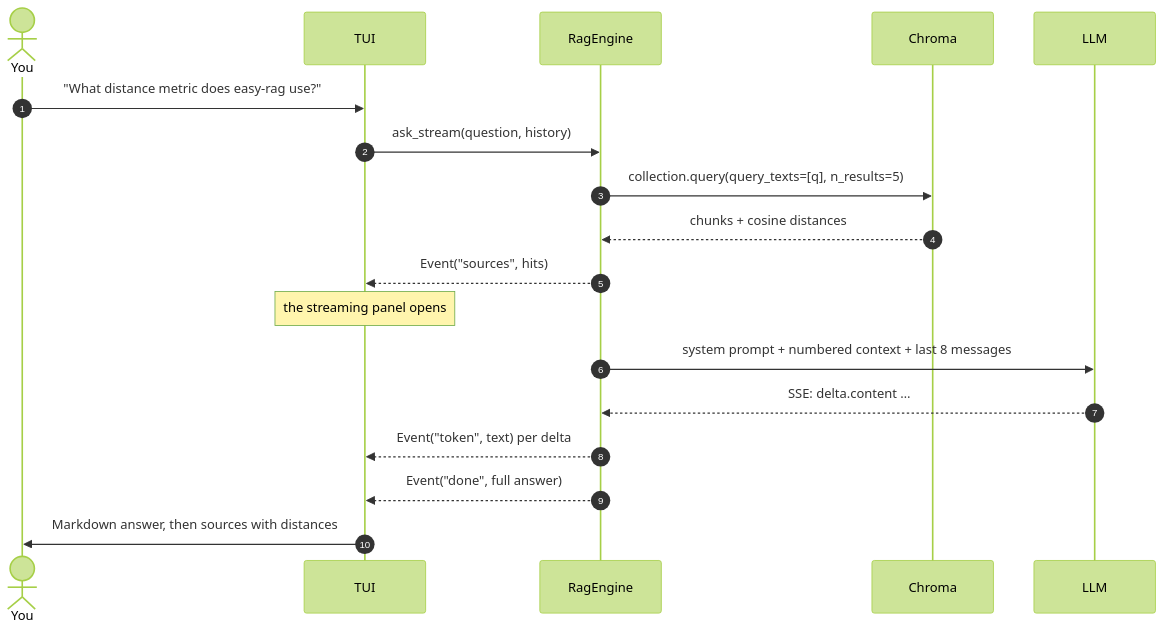
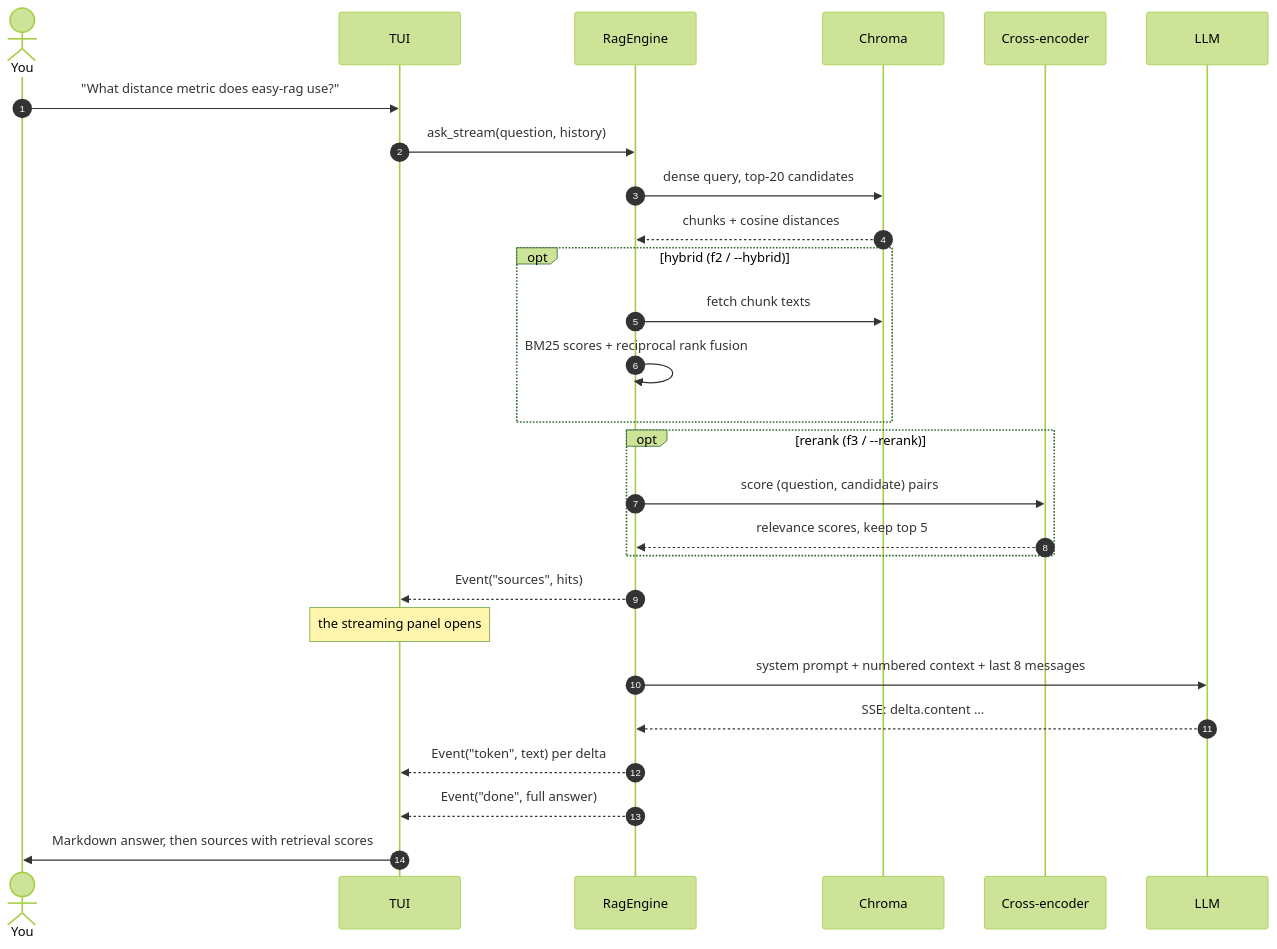
The fourth of 6 diagrams in README.md (Abdulhadi446/easy-rag-for-agent), drawn with Mermaid (forest theme) before and after one commit. The commit also changed other lines of this file and 22 other files, not shown here.

First line of the commit message:
feat: toggleable hybrid search and cross-encoder reranking

````diff
--- a/README.md
+++ b/README.md
@@ -283,21 +331,30 @@
 ```mermaid
 sequenceDiagram
     autonumber
     actor U as You
     participant T as TUI
     participant E as RagEngine
     participant C as Chroma
+    participant X as Cross-encoder
     participant L as LLM
 
     U->>T: "What distance metric does easy-rag use?"
     T->>E: ask_stream(question, history)
-    E->>C: collection.query(query_texts=[q], n_results=5)
+    E->>C: dense query, top-20 candidates
     C-->>E: chunks + cosine distances
+    opt hybrid (f2 / --hybrid)
+        E->>C: fetch chunk texts
+        E->>E: BM25 scores + reciprocal rank fusion
+    end
+    opt rerank (f3 / --rerank)
+        E->>X: score (question, candidate) pairs
+        X-->>E: relevance scores, keep top 5
+    end
     E-->>T: Event("sources", hits)
     Note over T: the streaming panel opens
     E->>L: system prompt + numbered context + last 8 messages
     L-->>E: SSE: delta.content …
     E-->>T: Event("token", text) per delta
     E-->>T: Event("done", full answer)
-    T->>U: Markdown answer, then sources with distances
+    T->>U: Markdown answer, then sources with retrieval scores
 ```
````
